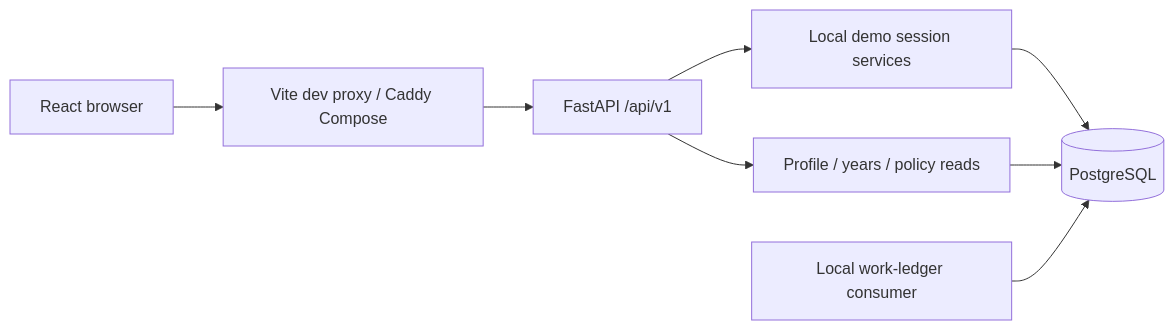
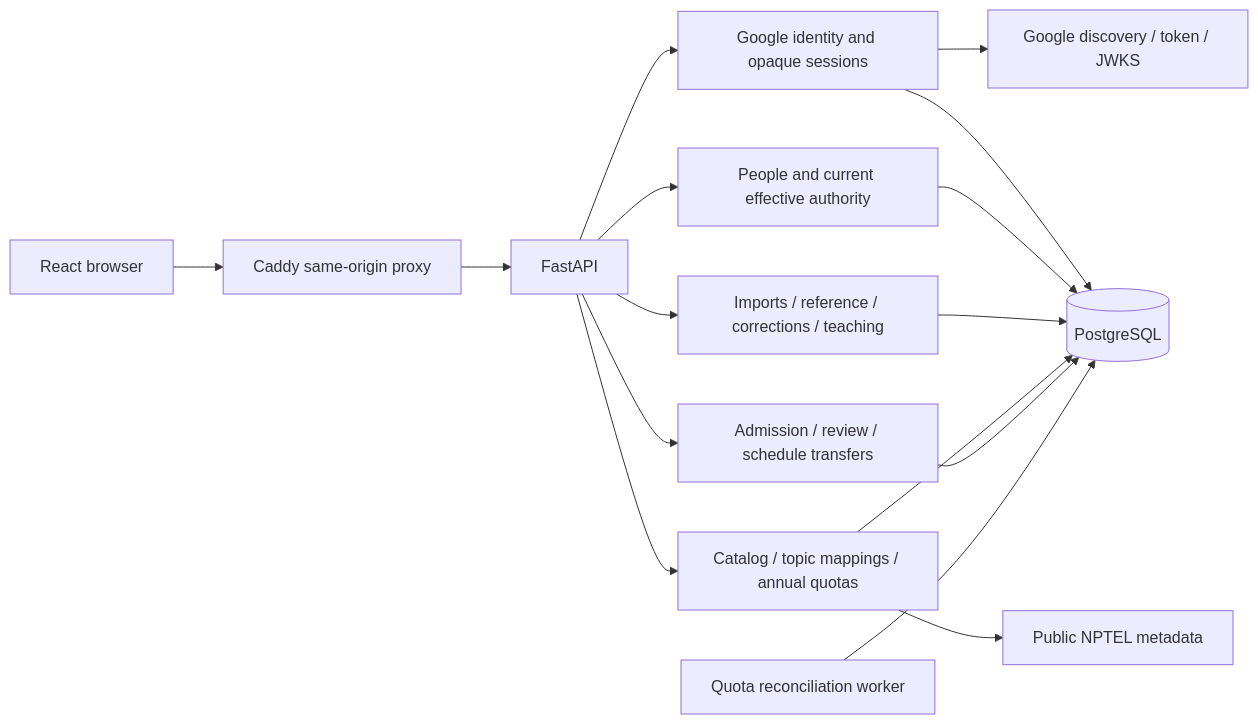
One commit to HarshK2903/akus changed the diagram in docs/ARCHITECTURE.md. Above: the diagram before and after it, drawn with Mermaid. The commit also changed other lines of this file and 164 other files, not shown here.

````diff
--- a/docs/ARCHITECTURE.md
+++ b/docs/ARCHITECTURE.md
@@ -5,10 +7,18 @@
 ```mermaid
 flowchart LR
-  Browser[React browser] --> Edge[Vite dev proxy / Caddy Compose]
-  Edge --> API[FastAPI /api/v1]
-  API --> Sessions[Local demo session services]
-  API --> Reads[Profile / years / policy reads]
-  Sessions --> DB[(PostgreSQL)]
-  Reads --> DB
-  Worker[Local work-ledger consumer] --> DB
+  Browser[React browser] --> Edge[Caddy same-origin proxy]
+  Edge --> API[FastAPI]
+  API --> Identity[Google identity and opaque sessions]
+  Identity --> Google[Google discovery / token / JWKS]
+  API --> People[People and current effective authority]
+  API --> Sources[Imports / reference / corrections / teaching]
+  Identity --> DB[(PostgreSQL)]
+  People --> DB
+  Sources --> DB
+  API --> Catalog[Catalog / topic mappings / annual quotas]
+  API --> Applications[Admission / review / schedule transfers]
+  Catalog --> NPTEL[Public NPTEL metadata]
+  Catalog --> DB
+  Applications --> DB
+  Worker[Quota reconciliation worker] --> DB
 ```
````
